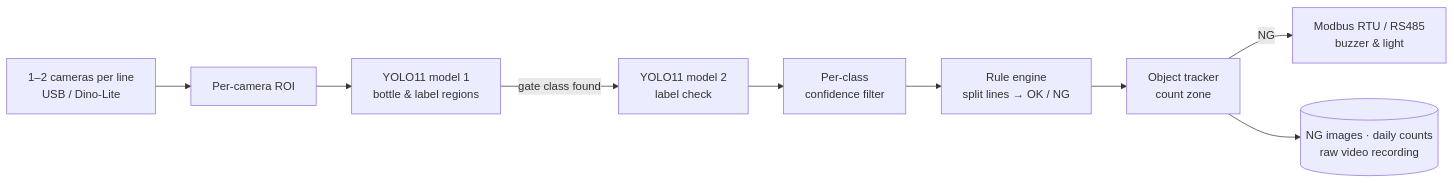
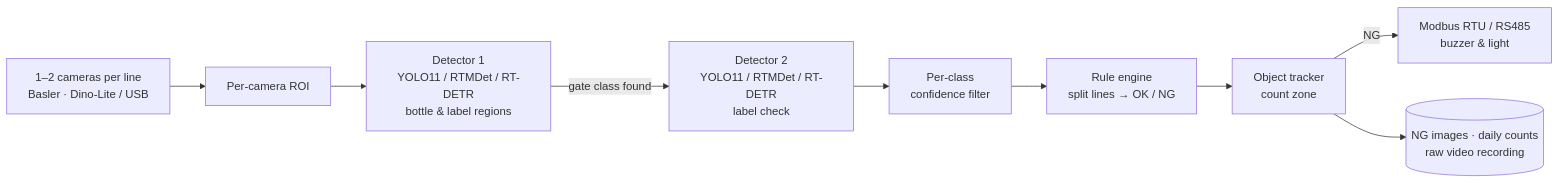
One commit to LinhNhat07/Industrial-AI-Visual-Inspection-System changed the second of 2 diagrams in README.md. Above: the diagram before and after it, drawn with Mermaid. The commit also changed other lines of this file, not shown here.

Commit message:
Add Basler cameras, YOLO/RTMDet/RT-DETR for label inspection, PatchCore anomaly detection for appearance inspection

````diff
--- a/README.md
+++ b/README.md
@@ -95,11 +100,11 @@
 ```mermaid
 flowchart LR
-    CAM[1–2 cameras per line<br/>USB / Dino-Lite] --> ROI[Per-camera ROI]
-    ROI --> M1[YOLO11 model 1<br/>bottle & label regions]
-    M1 -- gate class found --> M2[YOLO11 model 2<br/>label check]
+    CAM[1–2 cameras per line<br/>Basler · Dino-Lite / USB] --> ROI[Per-camera ROI]
+    ROI --> M1[Detector 1<br/>YOLO11 / RTMDet / RT-DETR<br/>bottle & label regions]
+    M1 -- gate class found --> M2[Detector 2<br/>YOLO11 / RTMDet / RT-DETR<br/>label check]
     M2 --> F[Per-class<br/>confidence filter]
     F --> R[Rule engine<br/>split lines → OK / NG]
     R --> T[Object tracker<br/>count zone]
     T -- NG --> BUZ[Modbus RTU / RS485<br/>buzzer & light]
     T --> LOG[(NG images · daily counts<br/>raw video recording)]
 ```
````
